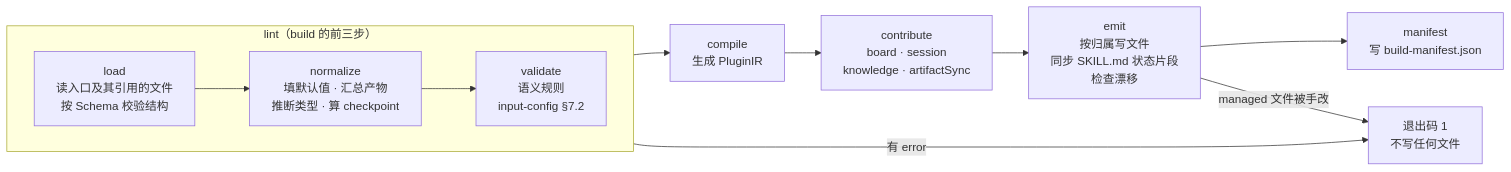
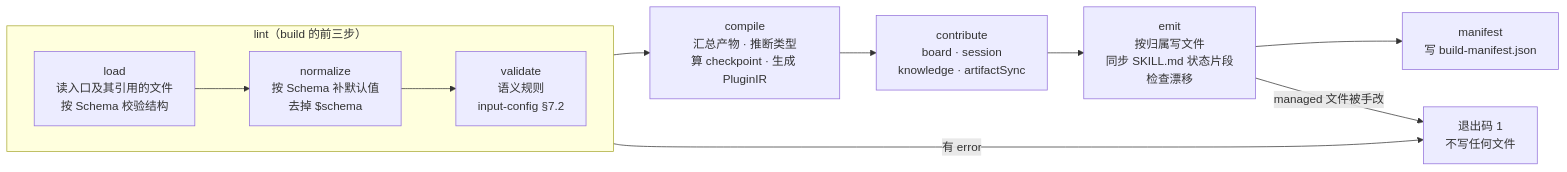
One commit to seikou00/autobizdevops_plugin_creator changed the fourth of 11 diagrams in docs/diagrams.md. Above: the diagram before and after it, drawn with Mermaid. The commit also changed other lines of this file and 81 other files, not shown here.

````diff
--- a/docs/diagrams.md
+++ b/docs/diagrams.md
@@ -175,20 +175,20 @@
 ```mermaid
 flowchart LR
   subgraph LINT["lint（build 的前三步）"]
     direction LR
     S1["load<br/>读入口及其引用的文件<br/>按 Schema 校验结构"]
-    S2["normalize<br/>填默认值 · 汇总产物<br/>推断类型 · 算 checkpoint"]
+    S2["normalize<br/>按 Schema 补默认值<br/>去掉 $schema"]
     S3["validate<br/>语义规则<br/>input-config §7.2"]
     S1 --> S2 --> S3
   end
 
-  S4["compile<br/>生成 PluginIR"]
+  S4["compile<br/>汇总产物 · 推断类型<br/>算 checkpoint · 生成 PluginIR"]
   S5["contribute<br/>board · session<br/>knowledge · artifactSync"]
   S6["emit<br/>按归属写文件<br/>同步 SKILL.md 状态片段<br/>检查漂移"]
   S7["manifest<br/>写 build-manifest.json"]
   X["退出码 1<br/>不写任何文件"]
 
   S3 --> S4 --> S5 --> S6 --> S7
   S3 -->|"有 error"| X
   S6 -->|"managed 文件被手改"| X
 ```
````
